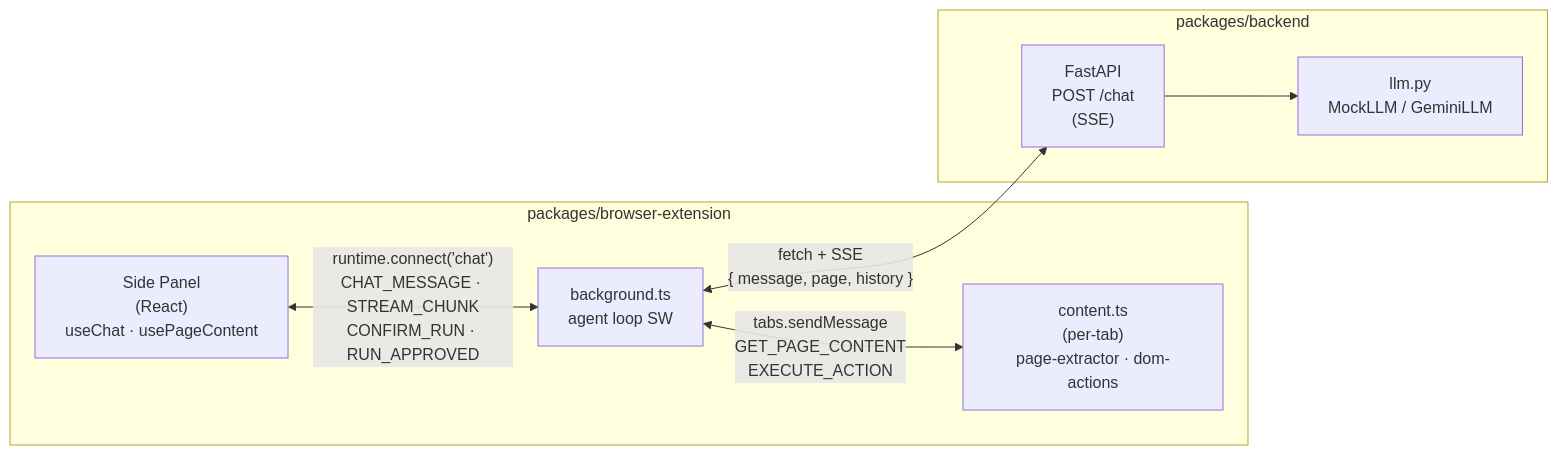
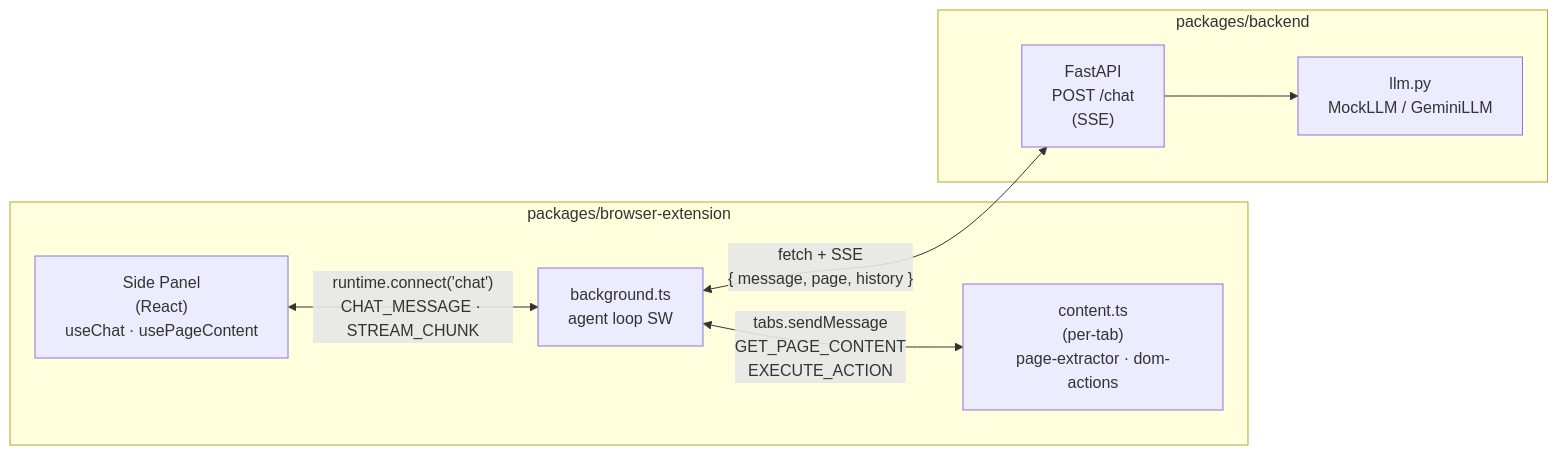
One commit to Milan-Uy/AI-Browser changed the diagram in STRUCTURE.md. Above: the diagram before and after it, drawn with Mermaid. The commit also changed other lines of this file and 2 other files, not shown here.

````diff
--- a/STRUCTURE.md
+++ b/STRUCTURE.md
@@ -157,18 +156,18 @@
 ```mermaid
 flowchart LR
     subgraph Extension["packages/browser-extension"]
         SP["Side Panel<br/>(React)<br/>useChat · usePageContent"]
         BG["background.ts<br/>agent loop SW"]
         CS["content.ts<br/>(per-tab)<br/>page-extractor · dom-actions"]
     end
 
     subgraph Backend["packages/backend"]
         API["FastAPI<br/>POST /chat<br/>(SSE)"]
         LLM["llm.py<br/>MockLLM / GeminiLLM"]
         API --> LLM
     end
 
-    SP <-- "runtime.connect('chat')<br/>CHAT_MESSAGE · STREAM_CHUNK<br/>CONFIRM_RUN · RUN_APPROVED" --> BG
+    SP <-- "runtime.connect('chat')<br/>CHAT_MESSAGE · STREAM_CHUNK" --> BG
     BG <-- "tabs.sendMessage<br/>GET_PAGE_CONTENT<br/>EXECUTE_ACTION" --> CS
     BG <-- "fetch + SSE<br/>{ message, page, history }" --> API
 ```
````
